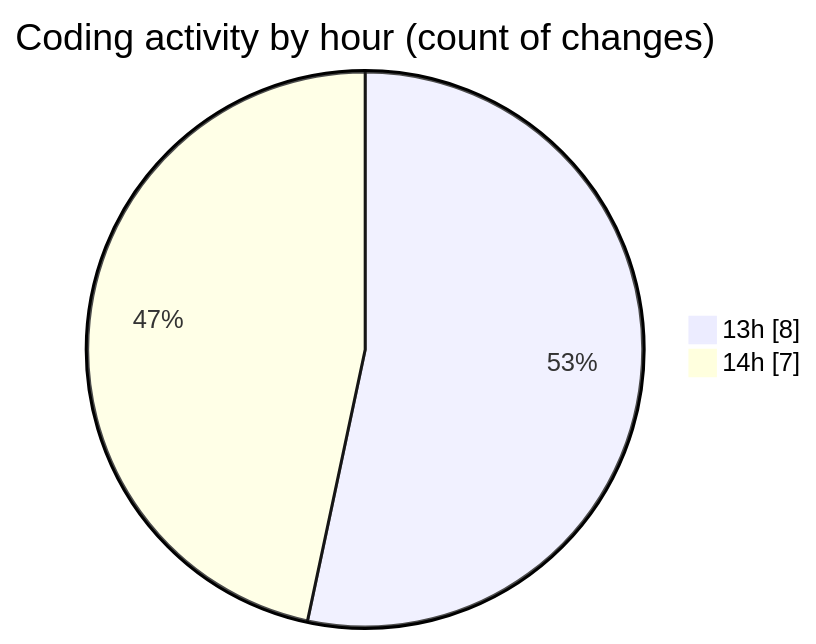
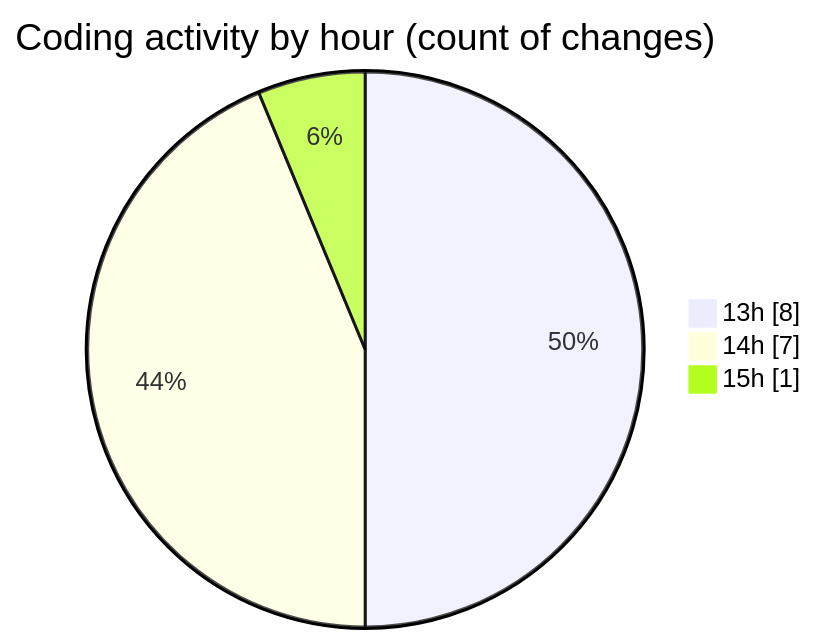
One commit to BS-eng2023/code-tracking changed the second of 2 diagrams in 2025-04-03/jsvms/README.md. Above: the diagram before and after it, drawn with Mermaid. The commit also changed other lines of this file and 1 other file, not shown here.

````diff
--- a/2025-04-03/jsvms/README.md
+++ b/2025-04-03/jsvms/README.md
@@ -33,6 +34,7 @@
 ```mermaid
 pie showData
 title Coding activity by hour (count of changes)
 "13h" : 8
 "14h" : 7
+"15h" : 1
 ```
````
